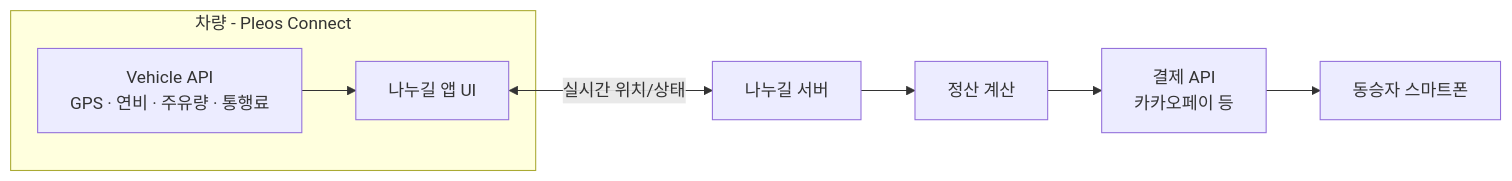
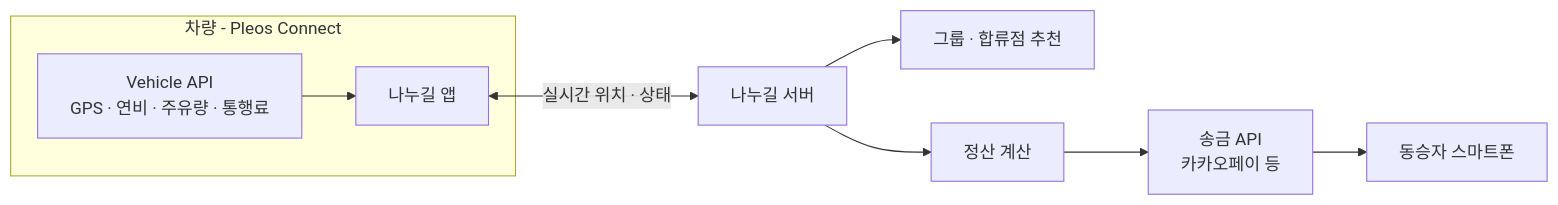
One commit to Nanugil/nanugil-android changed the second of 2 diagrams in README.md. Above: the diagram before and after it, drawn with Mermaid. The commit also changed other lines of this file, not shown here.

````diff
--- a/README.md
+++ b/README.md
@@ -126,12 +239,13 @@
 ```mermaid
 flowchart LR
     subgraph Vehicle[차량 - Pleos Connect]
-        UI[나누길 앱 UI]
         VAPI[Vehicle API<br/>GPS · 연비 · 주유량 · 통행료]
-        VAPI --> UI
+        App[나누길 앱]
+        VAPI --> App
     end
-    UI <-->|실시간 위치/상태| Server[나누길 서버]
+    App <-->|실시간 위치 · 상태| Server[나누길 서버]
+    Server --> Group[그룹 · 합류점 추천]
     Server --> Calc[정산 계산]
-    Calc --> Pay[결제 API<br/>카카오페이 등]
+    Calc --> Pay[송금 API<br/>카카오페이 등]
     Pay --> Phone[동승자 스마트폰]
 ```
````
